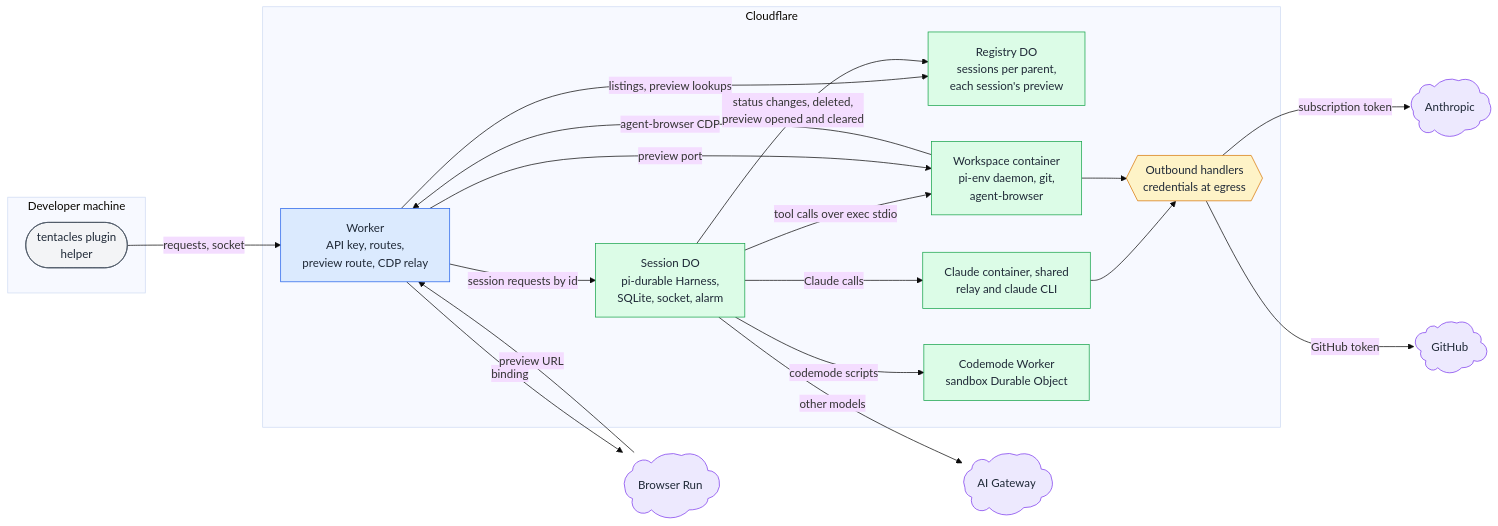
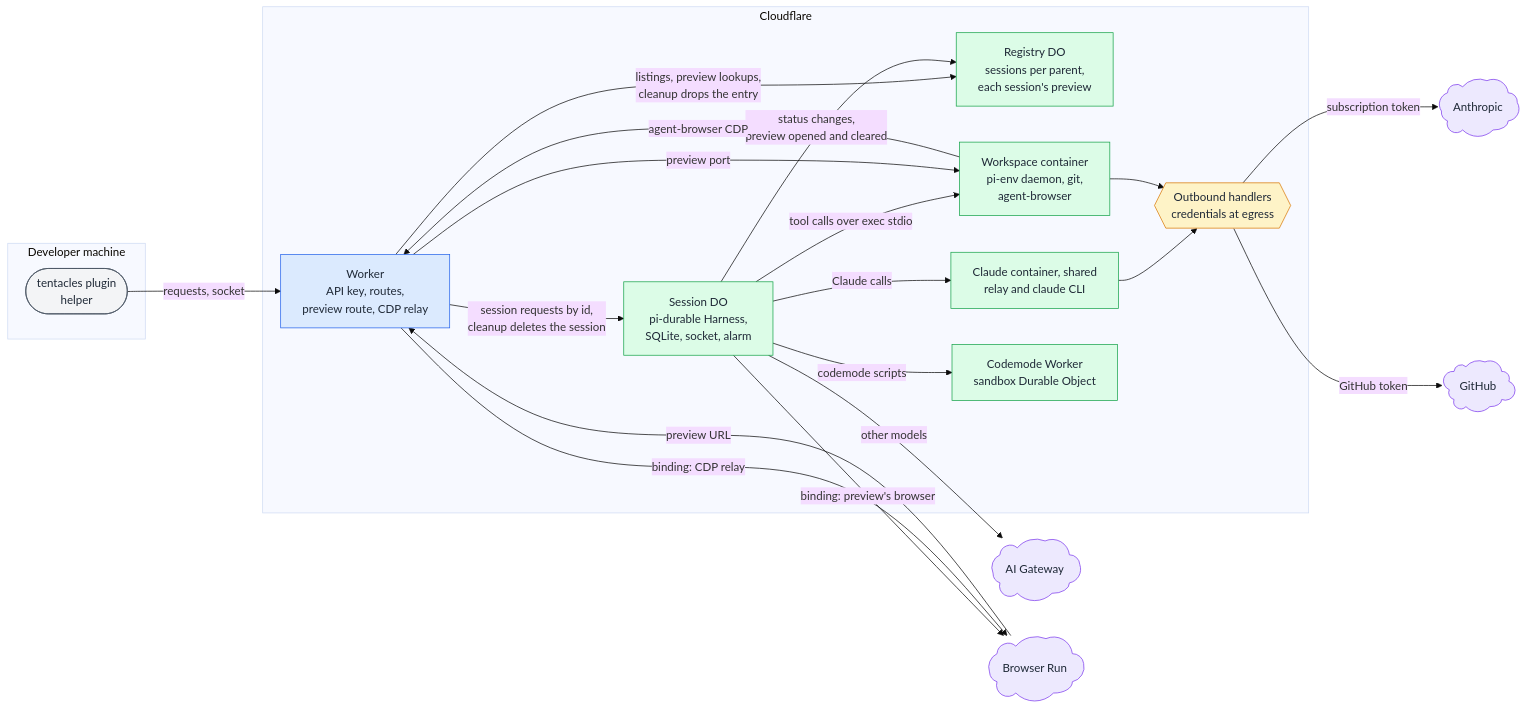
Before and after one commit to asermax/tentacles: the first of 2 diagrams in docs/technical-design/runtime-components.md, drawn with Mermaid (base theme). The commit also changed other lines of this file and 5 other files, not shown here.

Commit message:
docs(technical-design): match the notes to the workspace, preview, question and cleanup code

````diff
--- a/docs/technical-design/runtime-components.md
+++ b/docs/technical-design/runtime-components.md
@@ -15,47 +15,48 @@
 ```mermaid
 flowchart LR
     subgraph dev["Developer machine"]
         Plugin@{ shape: stadium, label: "tentacles plugin<br/>helper" }
     end
     subgraph cf["Cloudflare"]
         Worker@{ shape: rect, label: "Worker<br/>API key, routes,<br/>preview route, CDP relay" }
         Registry@{ shape: rect, label: "Registry DO<br/>sessions per parent,<br/>each session's preview" }
         Session@{ shape: rect, label: "Session DO<br/>pi-durable Harness,<br/>SQLite, socket, alarm" }
         Workspace@{ shape: rect, label: "Workspace container<br/>pi-env daemon, git,<br/>agent-browser" }
         Claude@{ shape: rect, label: "Claude container, shared<br/>relay and claude CLI" }
         Codemode@{ shape: rect, label: "Codemode Worker<br/>sandbox Durable Object" }
         Egress@{ shape: hex, label: "Outbound handlers<br/>credentials at egress" }
     end
     Anthropic@{ shape: cloud, label: "Anthropic" }
     GitHub@{ shape: cloud, label: "GitHub" }
     Gateway@{ shape: cloud, label: "AI Gateway" }
     Browser@{ shape: cloud, label: "Browser Run" }
 
     Plugin -->|"requests, socket"| Worker
-    Worker -->|"listings, preview lookups"| Registry
-    Worker -->|"session requests by id"| Session
-    Session -->|"status changes, deleted,<br/>preview opened and cleared"| Registry
+    Worker -->|"listings, preview lookups,<br/>cleanup drops the entry"| Registry
+    Worker -->|"session requests by id,<br/>cleanup deletes the session"| Session
+    Session -->|"status changes,<br/>preview opened and cleared"| Registry
+    Session -->|"binding: preview's browser"| Browser
     Session -->|"tool calls over exec stdio"| Workspace
     Session -->|"Claude calls"| Claude
     Session -->|"other models"| Gateway
     Session -->|"codemode scripts"| Codemode
     Claude --> Egress
     Workspace --> Egress
     Egress -->|"subscription token"| Anthropic
     Egress -->|"GitHub token"| GitHub
     Workspace -->|"agent-browser CDP"| Worker
-    Worker -->|"binding"| Browser
+    Worker -->|"binding: CDP relay"| Browser
     Browser -->|"preview URL"| Worker
     Worker -->|"preview port"| Workspace
 
     classDef grey fill:#f3f4f6,stroke:#4b5563,color:#1f2937
     classDef blue fill:#dbeafe,stroke:#2563eb,color:#1f2937
     classDef green fill:#dcfce7,stroke:#16a34a,color:#1f2937
     classDef amber fill:#fef3c7,stroke:#d97706,color:#1f2937
     classDef violet fill:#ede9fe,stroke:#7c3aed,color:#1f2937
     class Plugin grey
     class Worker blue
     class Registry,Session,Workspace,Claude,Codemode green
     class Egress amber
     class Anthropic,GitHub,Gateway,Browser violet
 ```
````
